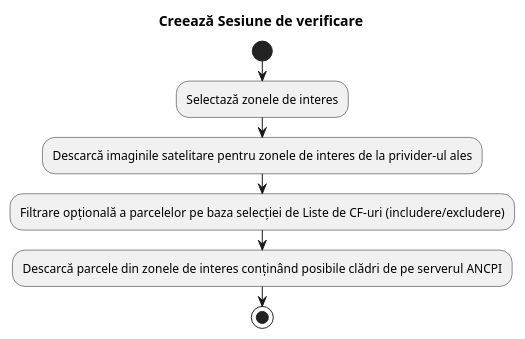
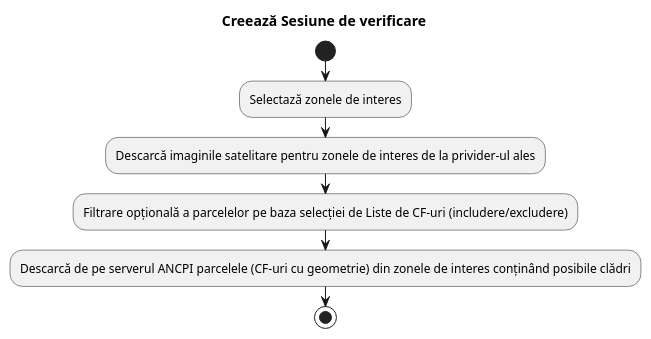
Before and after one commit to KMX-Systems/uat: the diagram in sesiune_verificare_creeaza.puml, drawn with PlantUML. The commit also changed 1 other file, not shown here.

```diff
--- a/sesiune_verificare_creeaza.puml
+++ b/sesiune_verificare_creeaza.puml
@@ -1,12 +1,12 @@
 @startuml
 title Creează Sesiune de verificare
 start
 :Selectază zonele de interes;
 ->
 :Descarcă imaginile satelitare pentru zonele de interes de la privider-ul ales;
 ->
 :Filtrare opțională a parcelelor pe baza selecției de Liste de CF-uri (includere/excludere);
 ->
-:Descarcă parcele din zonele de interes conținând posibile clădri de pe serverul ANCPI;
+:Descarcă de pe serverul ANCPI parcelele (CF-uri cu geometrie) din zonele de interes conținând posibile clădri;
 stop
 @enduml
```
